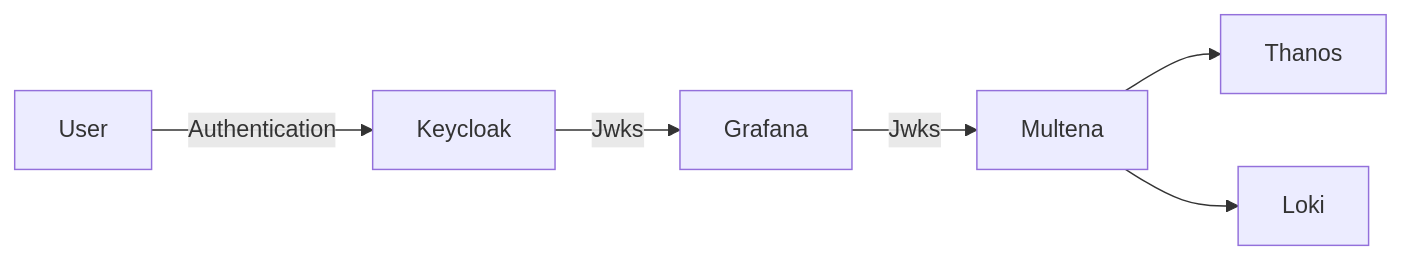
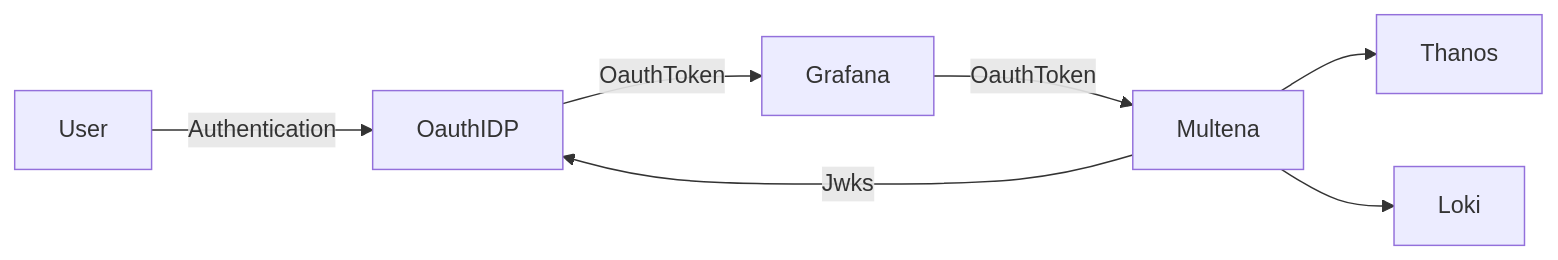
Before and after one commit to gepaplexx/multena-proxy: the second of 2 diagrams in README.MD, drawn with Mermaid. The commit also changed other lines of this file and 24 other files, not shown here.

````diff
--- a/README.MD
+++ b/README.MD
@@ -85,8 +86,9 @@
 ```mermaid
 flowchart LR
-    User -->|Authentication| Keycloak
-    Keycloak -->|Jwks| Grafana
-    Grafana -->|Jwks| Multena
+    User -->|Authentication| OauthIDP
+    OauthIDP -->|OauthToken| Grafana
+    Grafana -->|OauthToken| Multena
+    Multena -->|Jwks| OauthIDP
     Multena --> Thanos
     Multena --> Loki
 ```
````
